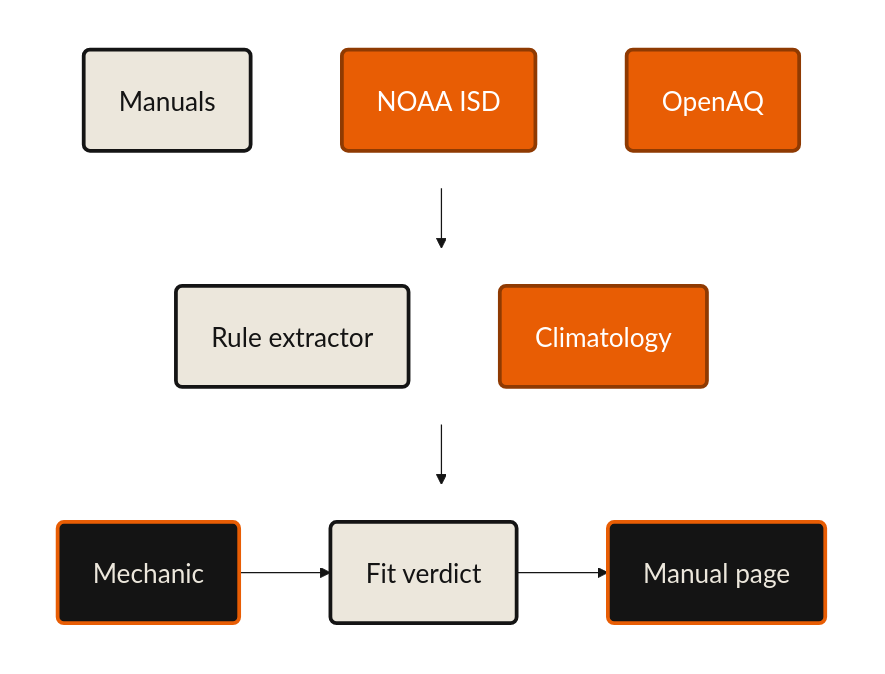
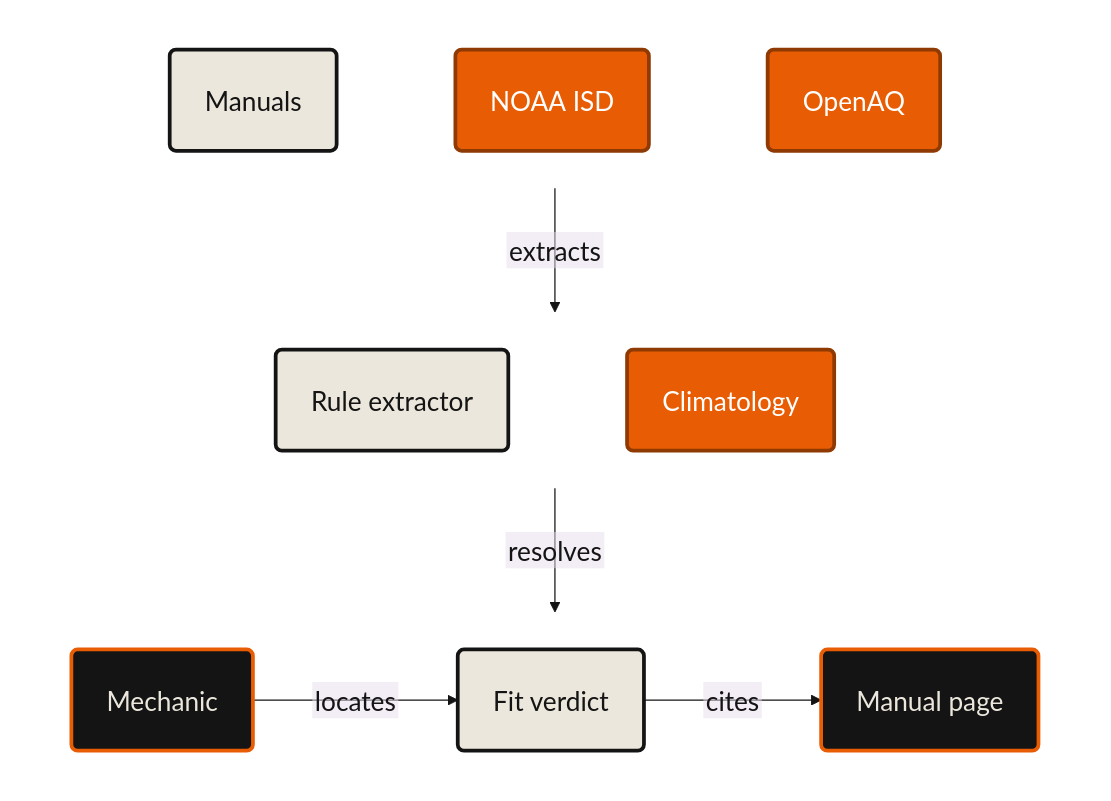
The diagram in docs/pitches/voloridge/pipeline.mmd (lxorb/mechanica), drawn with Mermaid before and after one commit. The commit also changed 140 other files, not shown here.

```diff
--- a/docs/pitches/voloridge/pipeline.mmd
+++ b/docs/pitches/voloridge/pipeline.mmd
@@ -1,23 +1,23 @@
-%%{init: {"theme":"base","htmlLabels":false,"themeVariables":{"fontSize":"21px","fontFamily":"Barlow","lineColor":"#141414","primaryColor":"#ece7dc","primaryTextColor":"#141414","primaryBorderColor":"#141414","background":"#ffffff"},"flowchart":{"curve":"linear","htmlLabels":false,"nodeSpacing":40,"rankSpacing":48,"padding":28,"useMaxWidth":false}}}%%
+%%{init: {"theme":"base","htmlLabels":false,"themeVariables":{"fontSize":"21px","fontFamily":"Barlow","lineColor":"#141414","primaryColor":"#ece7dc","primaryTextColor":"#141414","primaryBorderColor":"#141414","background":"#ffffff"},"flowchart":{"curve":"linear","htmlLabels":false,"nodeSpacing":40,"rankSpacing":70,"padding":28,"useMaxWidth":false}}}%%
 flowchart TB
   subgraph R1[" "]
     direction LR
     MAN("Manuals"):::ours ~~~ ISD("NOAA ISD"):::them ~~~ AQ("OpenAQ"):::them
   end
   subgraph R2[" "]
     direction LR
     RULE("Rule extractor"):::ours ~~~ CLIM("Climatology"):::them
   end
   subgraph R3[" "]
     direction LR
-    MECH("Mechanic"):::ends --> FIT("Fit verdict"):::ours --> PAGE("Manual page"):::ends
+    MECH("Mechanic"):::ends -- "locates" --> FIT("Fit verdict"):::ours -- "cites" --> PAGE("Manual page"):::ends
   end
 
-  R1 --> R2 --> R3
+  R1 -- "extracts" --> R2 -- "resolves" --> R3
 
   classDef ends fill:#141414,stroke:#e85d04,stroke-width:3px,color:#ece7dc
   classDef ours fill:#ece7dc,stroke:#141414,stroke-width:3px,color:#141414
   classDef them fill:#e85d04,stroke:#8f3a02,stroke-width:3px,color:#ffffff
   style R1 fill:none,stroke:none
   style R2 fill:none,stroke:none
   style R3 fill:none,stroke:none
```
